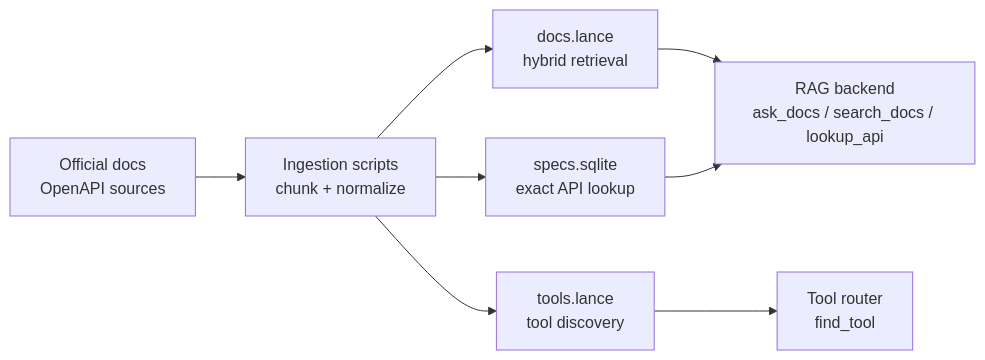
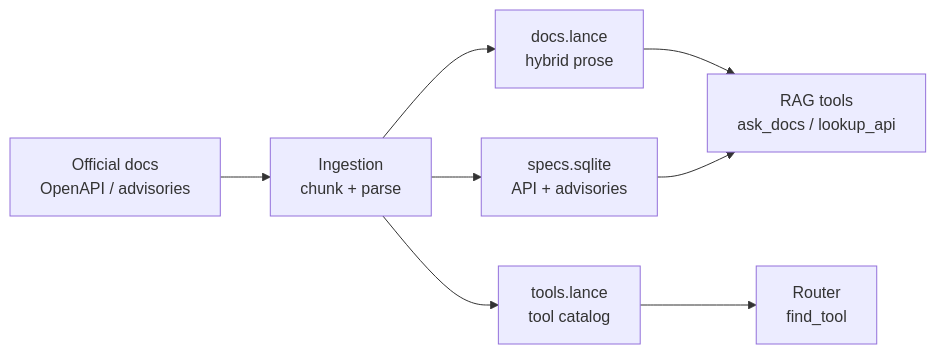
The diagram in docs/diagrams/data-index-flow.mmd (secure-ssid/hpe-networking-mcp), drawn with Mermaid before and after one commit. The commit also changed 89 other files, not shown here.

```diff
--- a/docs/diagrams/data-index-flow.mmd
+++ b/docs/diagrams/data-index-flow.mmd
@@ -1,16 +1,16 @@
 flowchart LR
-    sources["Official docs<br/>OpenAPI sources"]
-    ingest["Ingestion scripts<br/>chunk + normalize"]
-    docs["docs.lance<br/>hybrid retrieval"]
-    specs["specs.sqlite<br/>exact API lookup"]
-    tools["tools.lance<br/>tool discovery"]
-    rag["RAG backend<br/>ask_docs / search_docs / lookup_api"]
-    router["Tool router<br/>find_tool"]
+    sources["Official docs<br/>OpenAPI / advisories"]
+    ingest["Ingestion<br/>chunk + parse"]
+    docs["docs.lance<br/>hybrid prose"]
+    specs["specs.sqlite<br/>API + advisories"]
+    tools["tools.lance<br/>tool catalog"]
+    rag["RAG tools<br/>ask_docs / lookup_api"]
+    router["Router<br/>find_tool"]
 
     sources --> ingest
     ingest --> docs
     ingest --> specs
     ingest --> tools
     docs --> rag
     specs --> rag
     tools --> router
```
